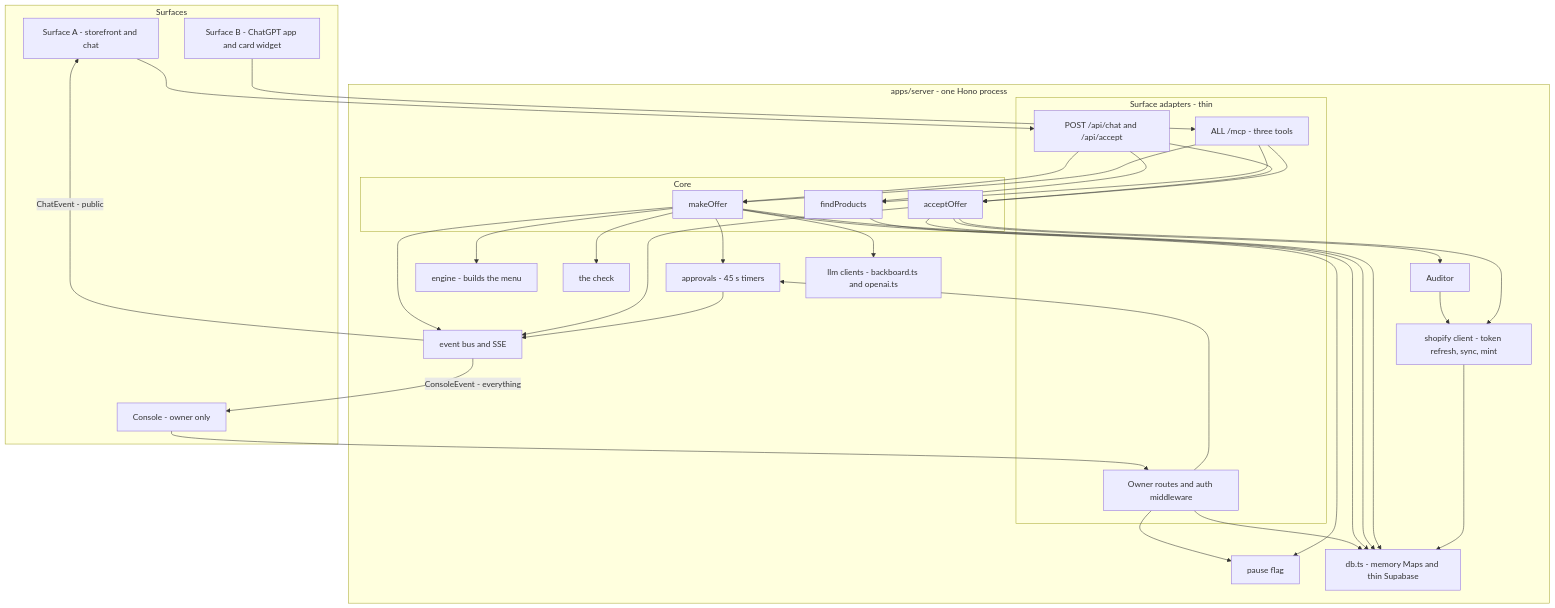
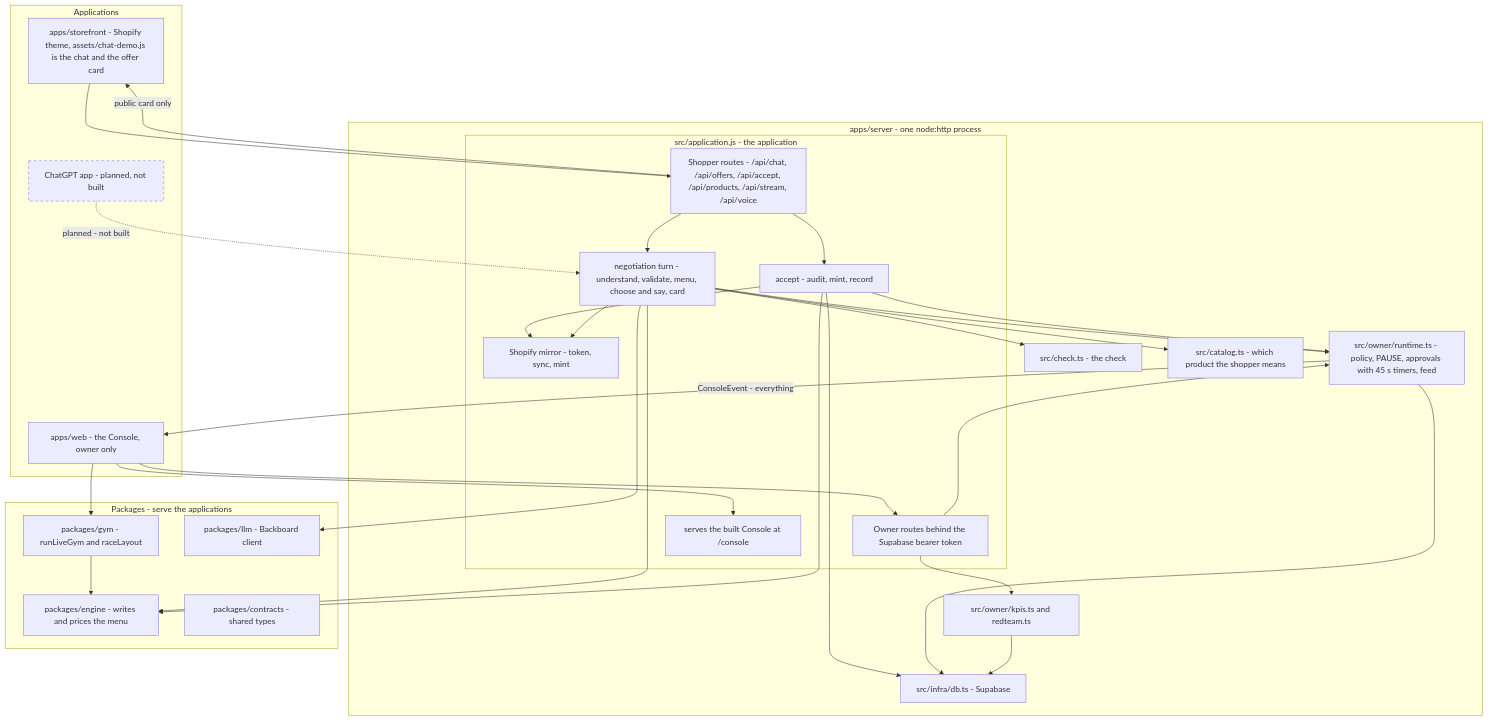
Before and after one commit to Maristanez/bazaar: the second of 22 diagrams in docs/ARCHITECTURE.md, drawn with Mermaid. The commit also changed other lines of this file and 13 other files, not shown here.

First line of the commit message:
Docs say what the code does; the applications lead

````diff
--- a/docs/ARCHITECTURE.md
+++ b/docs/ARCHITECTURE.md
@@ -49,60 +47,57 @@
 ```mermaid
 flowchart TB
-  subgraph SURF["Surfaces"]
-    SF["Surface A - storefront and chat"]
-    CG["Surface B - ChatGPT app and card widget"]
-    CON["Console - owner only"]
+  subgraph APPS["Applications"]
+    SF["apps/storefront - Shopify theme, assets/chat-demo.js is the chat and the offer card"]
+    CON["apps/web - the Console, owner only"]
+    CG["ChatGPT app - planned, not built"]
   end
 
-  subgraph SRV["apps/server - one Hono process"]
-    subgraph ADP["Surface adapters - thin"]
-      CHAT["POST /api/chat and /api/accept"]
-      MCP["ALL /mcp - three tools"]
-      OWN["Owner routes and auth middleware"]
+  subgraph SRV["apps/server - one node:http process"]
+    subgraph APP["src/application.js - the application"]
+      SHR["Shopper routes - /api/chat, /api/offers, /api/accept, /api/products, /api/stream, /api/voice"]
+      OWN["Owner routes behind the Supabase bearer token"]
+      TURN["negotiation turn - understand, validate, menu, choose and say, card"]
+      ACC["accept - audit, mint, record"]
+      MIR["Shopify mirror - token, sync, mint"]
+      STA["serves the built Console at /console"]
     end
-    subgraph CORE["Core"]
-      FP["findProducts"]
-      MO["makeOffer"]
-      AO["acceptOffer"]
-    end
-    ENG["engine - builds the menu"]
-    CHK["the check"]
-    AUD["Auditor"]
-    APR["approvals - 45 s timers"]
-    PAU["pause flag"]
-    BUS["event bus and SSE"]
-    SHC["shopify client - token refresh, sync, mint"]
-    LLM["llm clients - backboard.ts and openai.ts"]
-    DB["db.ts - memory Maps and thin Supabase"]
+    CHK["src/check.ts - the check"]
+    CAT["src/catalog.ts - which product the shopper means"]
+    RUN["src/owner/runtime.ts - policy, PAUSE, approvals with 45 s timers, feed"]
+    KPI["src/owner/kpis.ts and redteam.ts"]
+    DB["src/infra/db.ts - Supabase"]
   end
 
-  SF --> CHAT
-  CG --> MCP
+  subgraph PKG["Packages - serve the applications"]
+    ENG["packages/engine - writes and prices the menu"]
+    GYM["packages/gym - runLiveGym and raceLayout"]
+    LLM["packages/llm - Backboard client"]
+    CT["packages/contracts - shared types"]
+  end
+
+  SF --> SHR
   CON --> OWN
-  CHAT --> FP
-  CHAT --> MO
-  CHAT --> AO
-  MCP --> FP
-  MCP --> MO
-  MCP --> AO
-  OWN --> APR
-  OWN --> PAU
-  OWN --> DB
-  MO --> LLM
-  MO --> ENG
-  MO --> CHK
-  MO --> APR
-  MO --> PAU
-  AO --> AUD
-  AUD --> SHC
-  AO --> SHC
-  FP --> DB
-  MO --> DB
-  AO --> DB
-  SHC --> DB
-  MO --> BUS
-  AO --> BUS
-  APR --> BUS
-  BUS -->|"ChatEvent - public"| SF
-  BUS -->|"ConsoleEvent - everything"| CON
+  CON --> STA
+  CG -.->|"planned - not built"| TURN
+  SHR --> TURN
+  SHR --> ACC
+  TURN --> CAT
+  TURN --> LLM
+  TURN --> ENG
+  TURN --> CHK
+  TURN --> RUN
+  ACC --> ENG
+  ACC --> MIR
+  ACC --> DB
+  ACC --> RUN
+  TURN --> MIR
+  OWN --> RUN
+  OWN --> KPI
+  RUN --> DB
+  KPI --> DB
+  CON --> GYM
+  GYM --> ENG
+  RUN -->|"ConsoleEvent - everything"| CON
+  SHR -->|"public card only"| SF
+  style CG stroke-dasharray: 5 5
 ```
````
